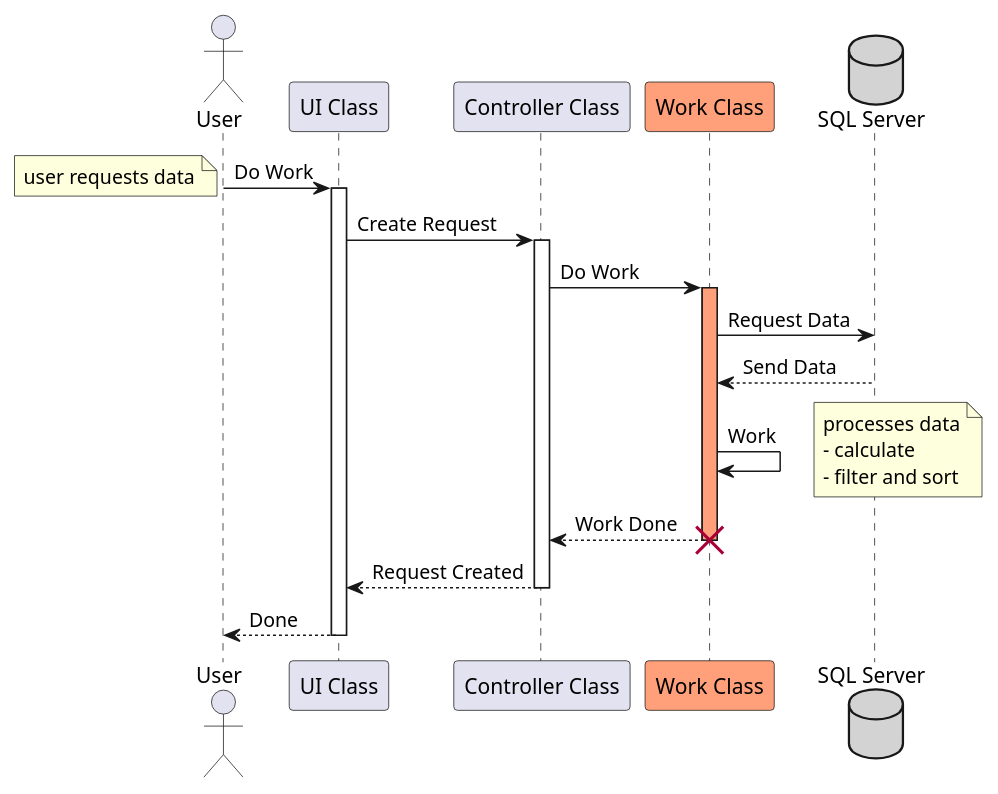
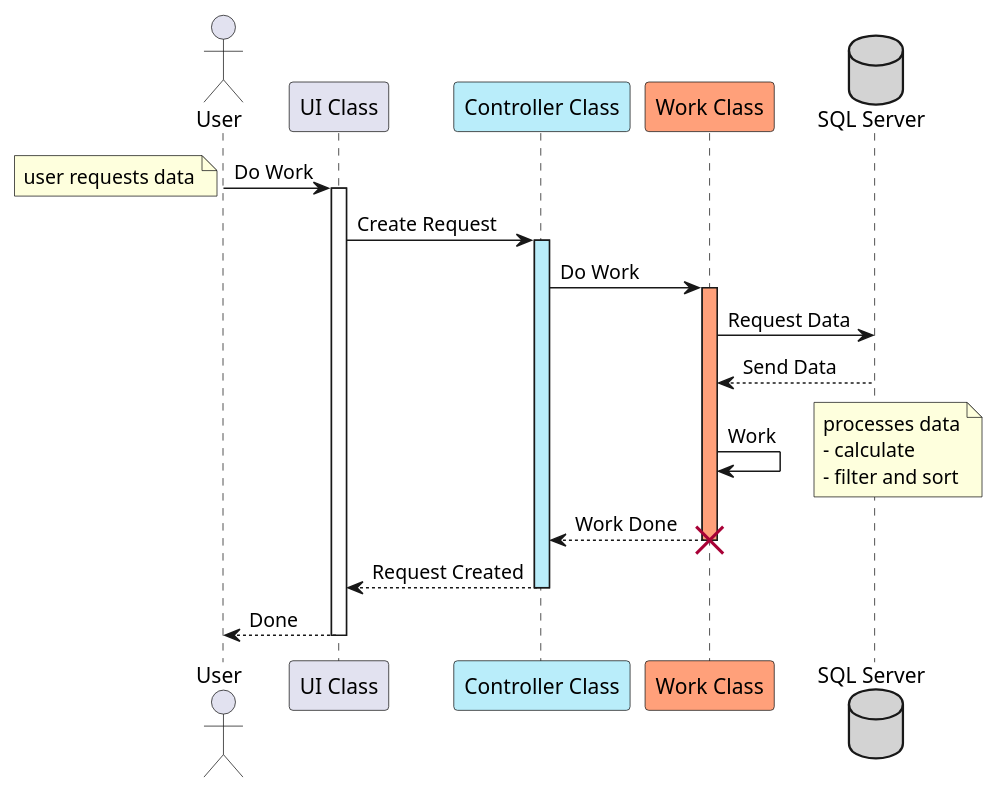
The diagram in src/plantuml/example_sequence-diagram.puml (tigion/htwd-se-lab-git-docs-collab), drawn with PlantUML before and after one commit.

Commit message:
feat(05): add hex color example

```diff
--- a/src/plantuml/example_sequence-diagram.puml
+++ b/src/plantuml/example_sequence-diagram.puml
@@ -1,42 +1,42 @@
 @startuml example-sequence-diagram
 
 'skinparam responseMessageBelowArrow true
 'autonumber
 
 actor User as u01
 participant "UI Class" as c01
-participant "Controller Class" as c02
+participant "Controller Class" as c02 #b9edfa
 participant "Work Class" as c03 #LightSalmon
 database "SQL Server" as db01 #LightGray
 
 u01 -> c01: Do Work
 activate c01
 note left: user requests data
 
 c01 -> c02: Create Request
-activate c02
+activate c02 #b9edfa
 
 c02 -> c03: Do Work
 activate c03 #LightSalmon
 
 c03 -> db01: Request Data
 
 db01 --> c03: Send Data
 
 c03 -> c03: Work
 note right
 processes data
 - calculate
 - filter and sort
 end note
 
 c03 --> c02: Work Done
 destroy c03
 
 c02 --> c01: Request Created
 deactivate c02
 
 c01 --> u01: Done
 deactivate c01
 
 @enduml
```
